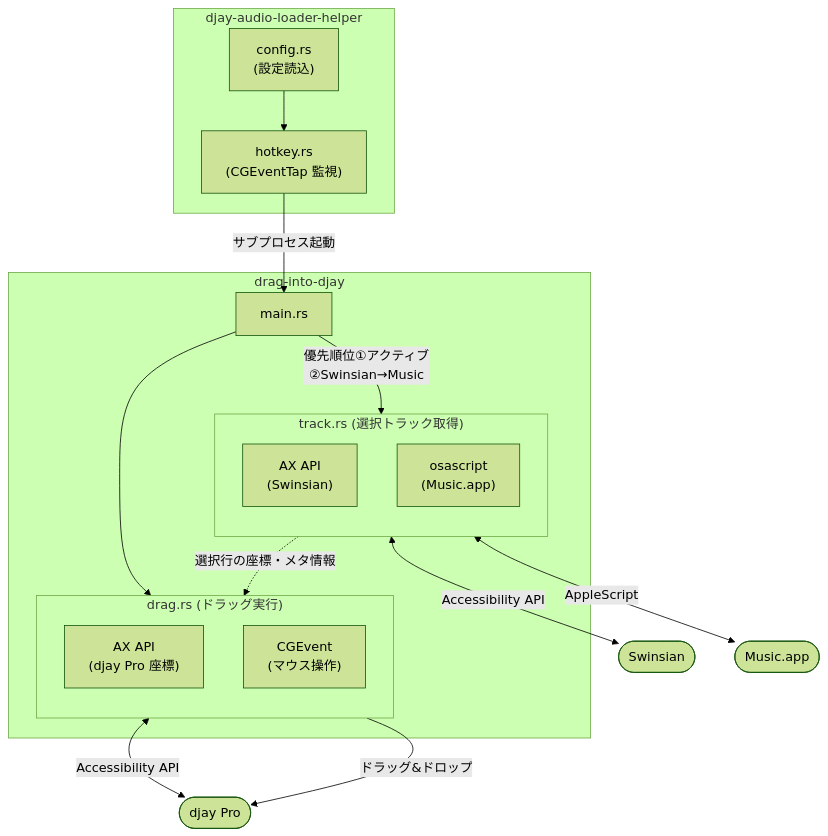
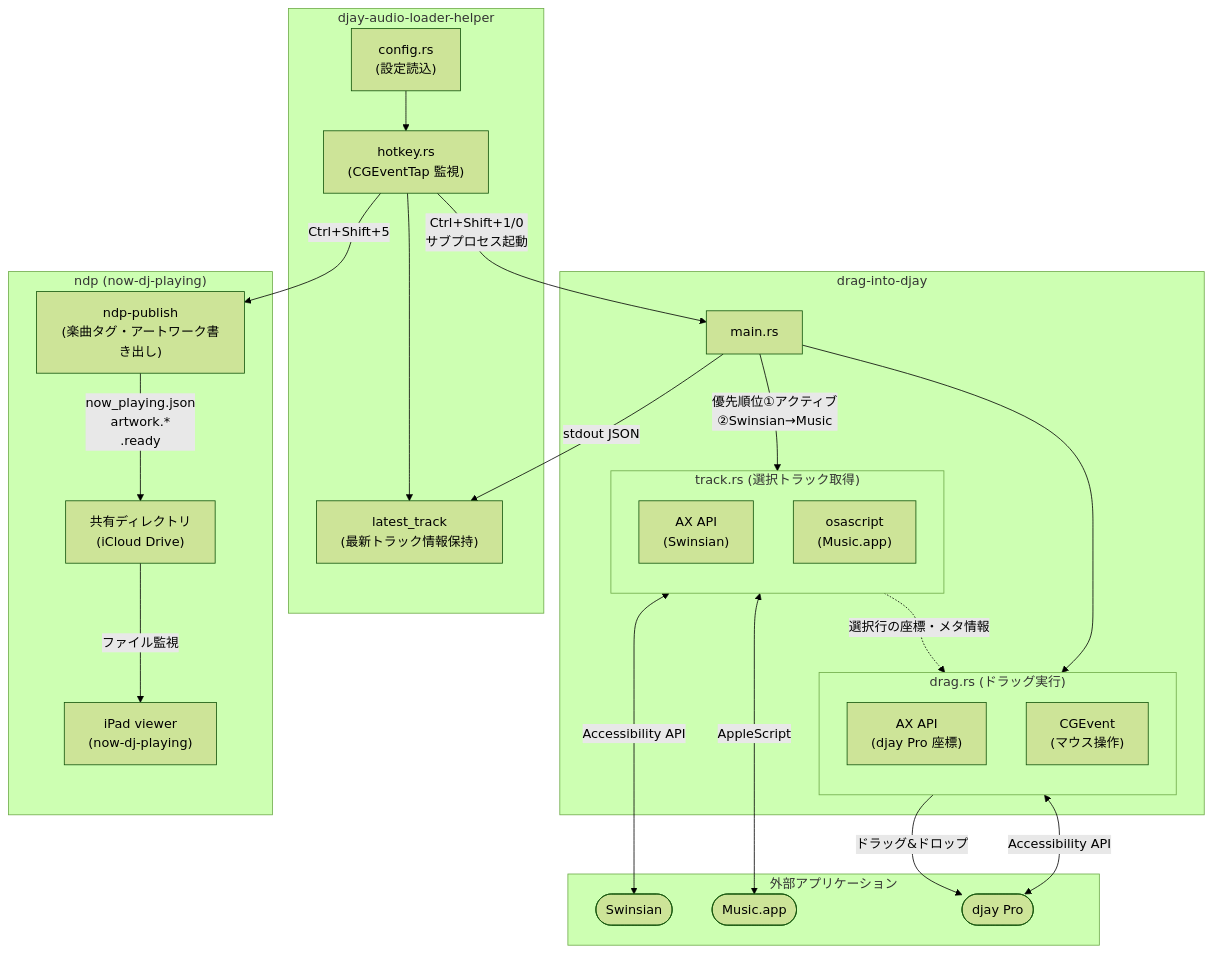
Before and after one commit to issm/djay-audio-loader: the diagram in README.md, drawn with Mermaid (forest theme).

Commit message:
docs: README アーキテクチャ図に ndp-publish 連携を追加

````diff
--- a/README.md
+++ b/README.md
@@ -7,40 +7,55 @@
 ```mermaid
 flowchart TD
     subgraph helper["djay-audio-loader-helper"]
         config["config.rs\n(設定読込)"]
         hotkey["hotkey.rs\n(CGEventTap 監視)"]
+        latest_track["latest_track\n(最新トラック情報保持)"]
         config --> hotkey
+        hotkey --> latest_track
     end
 
-    hotkey -->|サブプロセス起動| main
+    hotkey -->|"Ctrl+Shift+1/0\nサブプロセス起動"| main
+    main -->|"stdout JSON"| latest_track
+    hotkey -->|"Ctrl+Shift+5"| ndp_publish
 
     subgraph did["drag-into-djay"]
         main["main.rs"]
 
         subgraph track["track.rs (選択トラック取得)"]
             direction TB
             ax_swinsian["AX API\n(Swinsian)"]
             osascript["osascript\n(Music.app)"]
         end
 
         subgraph drag["drag.rs (ドラッグ実行)"]
             direction TB
             ax_djay["AX API\n(djay Pro 座標)"]
             cgevent["CGEvent\n(マウス操作)"]
         end
 
         main -->|"優先順位①アクティブ\n②Swinsian→Music"| track
         main --> drag
     end
 
     track -.->|選択行の座標・メタ情報| drag
 
-    Swinsian(["Swinsian"])
-    MusicApp(["Music.app"])
-    djayPro(["djay Pro"])
+    subgraph apps["外部アプリケーション"]
+        Swinsian(["Swinsian"])
+        MusicApp(["Music.app"])
+        djayPro(["djay Pro"])
+    end
 
     ax_swinsian <-->|Accessibility API| Swinsian
     osascript <-->|AppleScript| MusicApp
     ax_djay <-->|Accessibility API| djayPro
     cgevent -->|ドラッグ&ドロップ| djayPro
+
+    subgraph ndp["ndp (now-dj-playing)"]
+        ndp_publish["ndp-publish\n(楽曲タグ・アートワーク書き出し)"]
+        shared_dir["共有ディレクトリ\n(iCloud Drive)"]
+        viewer["iPad viewer\n(now-dj-playing)"]
+        ndp_publish -->|"now_playing.json\nartwork.*\n.ready"| shared_dir
+        shared_dir -->|ファイル監視| viewer
+    end
+
 ```
````
